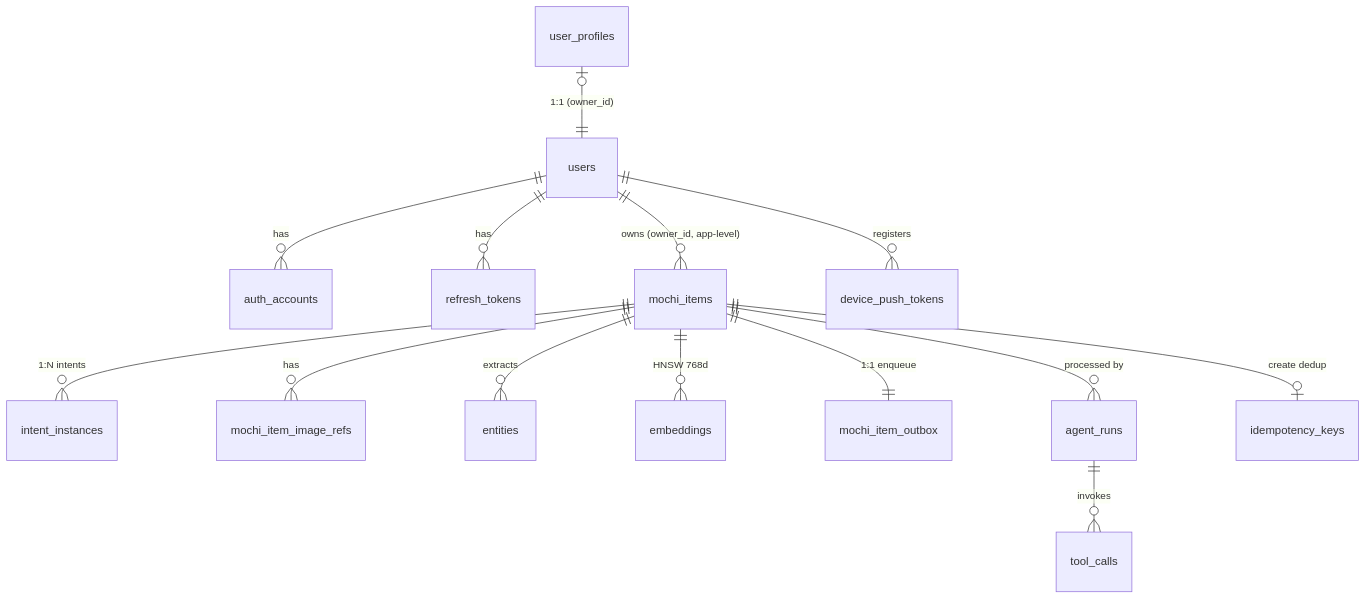
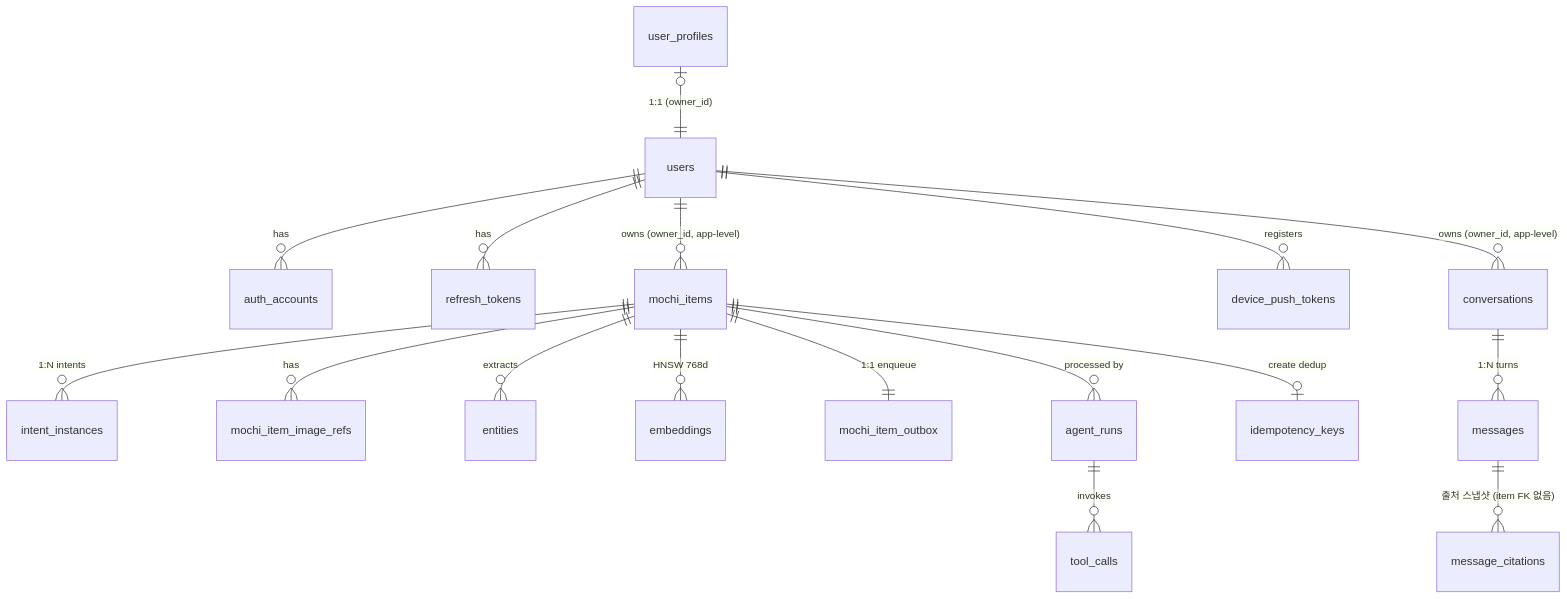
One commit to dku-mochi/mochi changed the diagram in docs/DOMAIN_DESIGN.md. Above: the diagram before and after it, drawn with Mermaid. The commit also changed other lines of this file and 23 other files, not shown here.

````diff
--- a/docs/DOMAIN_DESIGN.md
+++ b/docs/DOMAIN_DESIGN.md
@@ -90,17 +90,21 @@
 ```mermaid
 erDiagram
     users ||--o{ auth_accounts : has
     users ||--o{ refresh_tokens : has
     users ||--o{ mochi_items : "owns (owner_id, app-level)"
     users ||--o{ device_push_tokens : registers
     user_profiles |o--|| users : "1:1 (owner_id)"
 
     mochi_items ||--o{ intent_instances : "1:N intents"
     mochi_items ||--o{ mochi_item_image_refs : has
     mochi_items ||--o{ entities : extracts
     mochi_items ||--o{ embeddings : "HNSW 768d"
     mochi_items ||--|| mochi_item_outbox : "1:1 enqueue"
     mochi_items ||--o{ agent_runs : "processed by"
     agent_runs  ||--o{ tool_calls : invokes
     mochi_items ||--o| idempotency_keys : "create dedup"
+
+    users ||--o{ conversations : "owns (owner_id, app-level)"
+    conversations ||--o{ messages : "1:N turns"
+    messages ||--o{ message_citations : "출처 스냅샷 (item FK 없음)"
 ```
````
